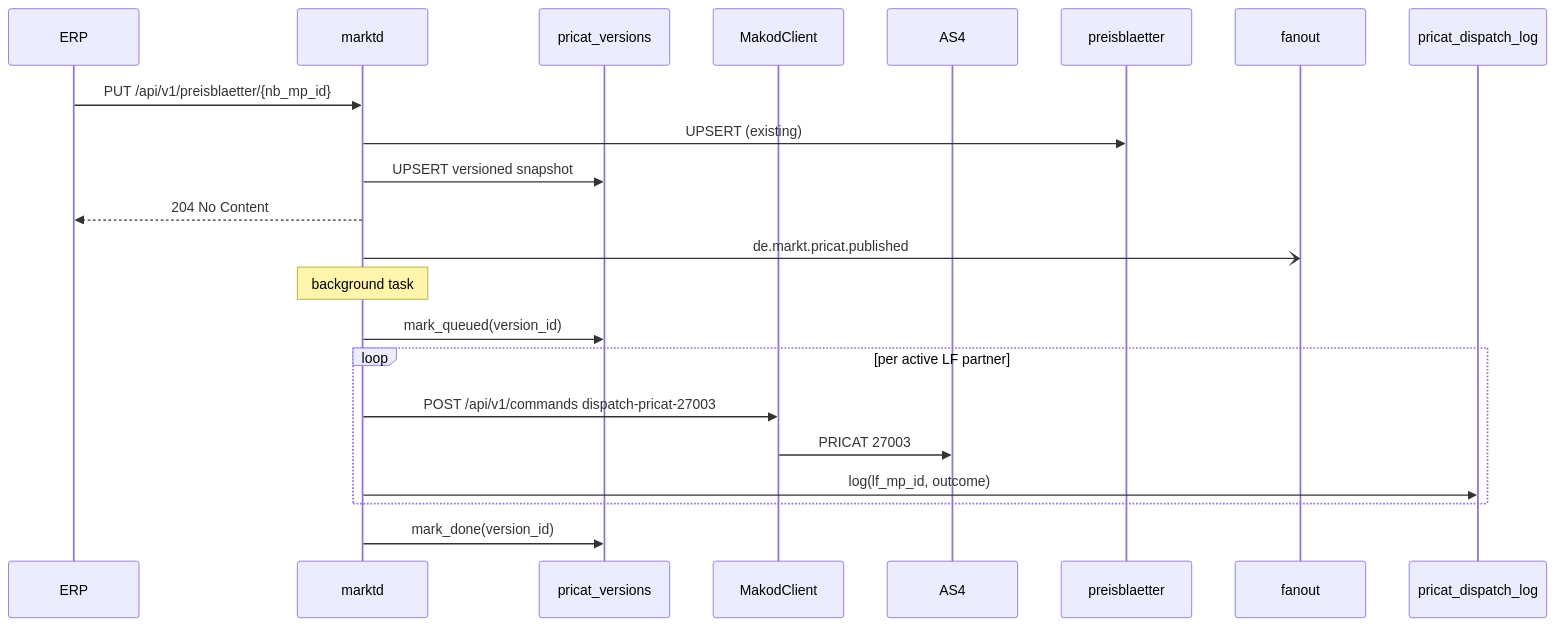
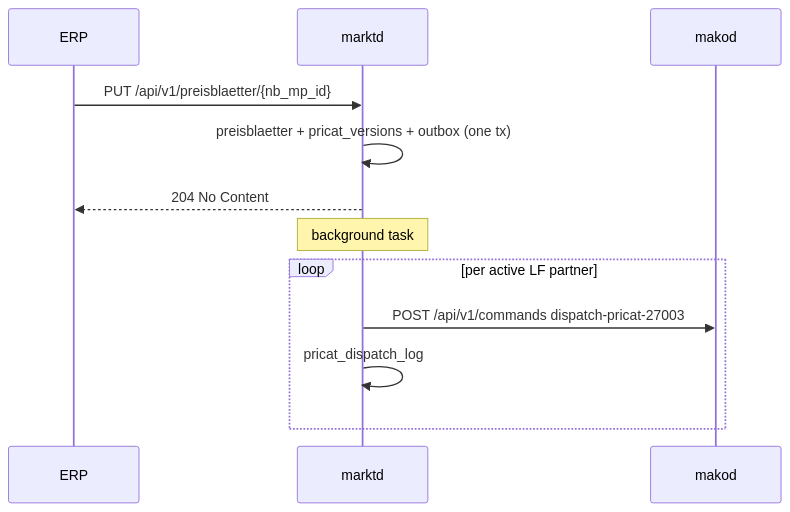
One commit to hupe1980/mako changed the second of 3 diagrams in site/content/docs/services/marktd.md. Above: the diagram before and after it, drawn with Mermaid. The commit also changed other lines of this file and 1091 other files, not shown here.

````diff
--- a/site/content/docs/services/marktd.md
+++ b/site/content/docs/services/marktd.md
@@ -666,22 +469,14 @@
 ```mermaid
 sequenceDiagram
     participant ERP
     participant marktd
-    participant pricat_versions
-    participant MakodClient
-    participant AS4
-
+    participant makod
     ERP->>marktd: PUT /api/v1/preisblaetter/{nb_mp_id}
-    marktd->>preisblaetter: UPSERT (existing)
-    marktd->>pricat_versions: UPSERT versioned snapshot
+    marktd->>marktd: preisblaetter + pricat_versions + outbox (one tx)
     marktd-->>ERP: 204 No Content
-    marktd-)fanout: de.markt.pricat.published
     Note over marktd: background task
-    marktd->>pricat_versions: mark_queued(version_id)
     loop per active LF partner
-        marktd->>MakodClient: POST /api/v1/commands dispatch-pricat-27003
-        MakodClient->>AS4: PRICAT 27003
-        marktd->>pricat_dispatch_log: log(lf_mp_id, outcome)
+        marktd->>makod: POST /api/v1/commands dispatch-pricat-27003
+        marktd->>marktd: pricat_dispatch_log
     end
-    marktd->>pricat_versions: mark_done(version_id)
 ```
````
